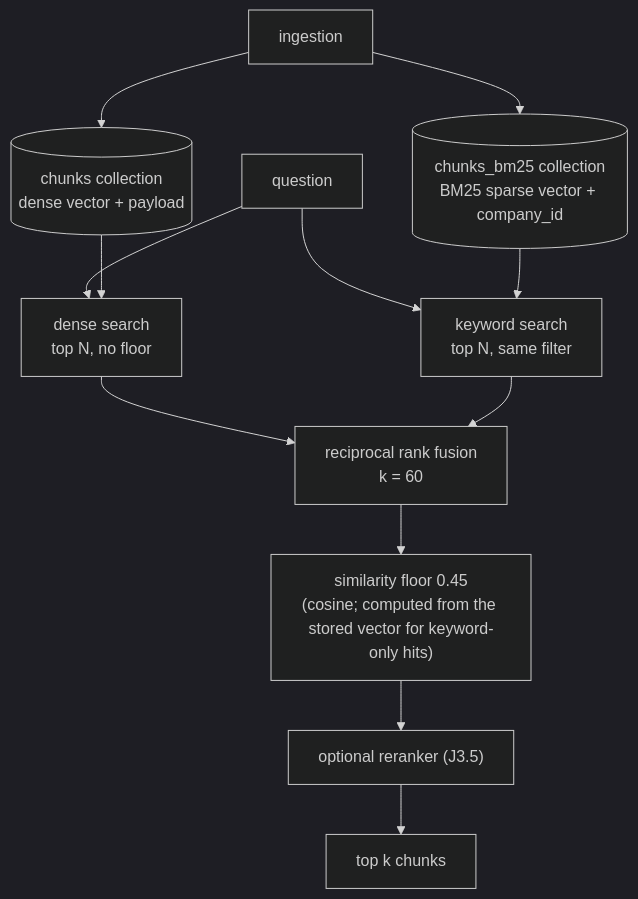
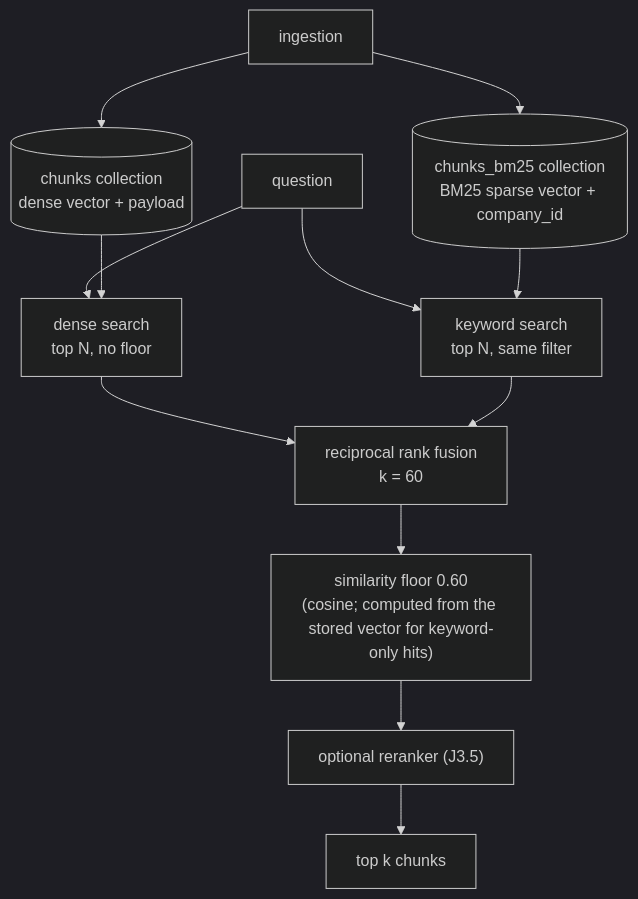
The sixth of 6 diagrams in docs/stages/J3-documents-and-rag.md (dsailajakrishna0-ship-it/customer-compass-v3-java), drawn with Mermaid (dark theme) before and after one commit. The commit also changed other lines of this file and 11 other files, not shown here.

First line of the commit message:
Raise the CRM similarity floor from 0.45 to 0.60 (same as the Python edition) (#37)

````diff
--- a/docs/stages/J3-documents-and-rag.md
+++ b/docs/stages/J3-documents-and-rag.md
@@ -198,14 +198,14 @@
 ```mermaid
 flowchart TD
   ingest["ingestion"] --> chunks[("chunks collection<br/>dense vector + payload")]
   ingest --> kw[("chunks_bm25 collection<br/>BM25 sparse vector + company_id")]
   q["question"] --> d["dense search<br/>top N, no floor"]
   q --> k["keyword search<br/>top N, same filter"]
   chunks --> d
   kw --> k
   d --> rrf["reciprocal rank fusion<br/>k = 60"]
   k --> rrf
-  rrf --> floor["similarity floor 0.45<br/>(cosine; computed from the stored vector for keyword-only hits)"]
+  rrf --> floor["similarity floor 0.60<br/>(cosine; computed from the stored vector for keyword-only hits)"]
   floor --> rr["optional reranker (J3.5)"]
   rr --> out["top k chunks"]
 ```
````
